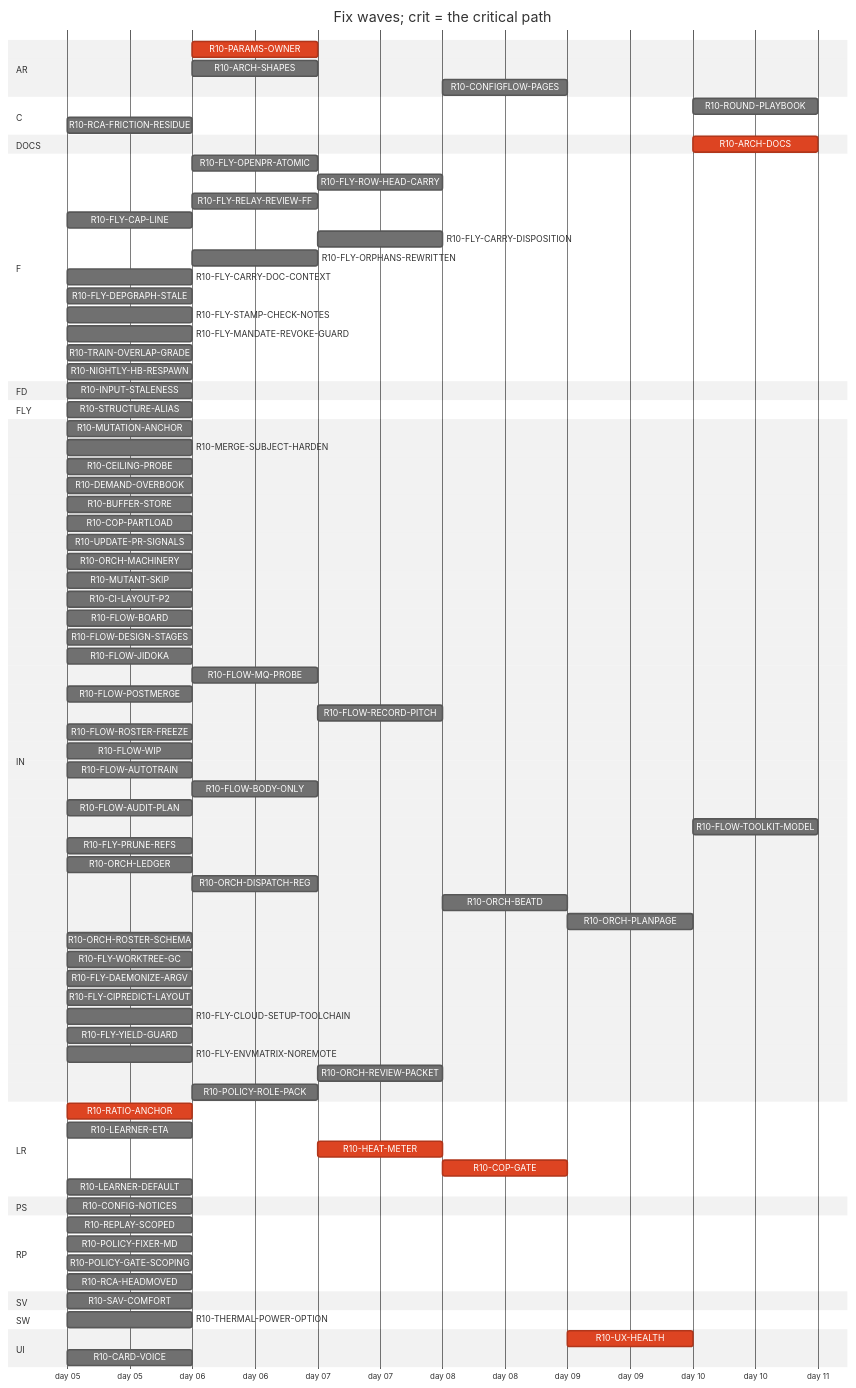
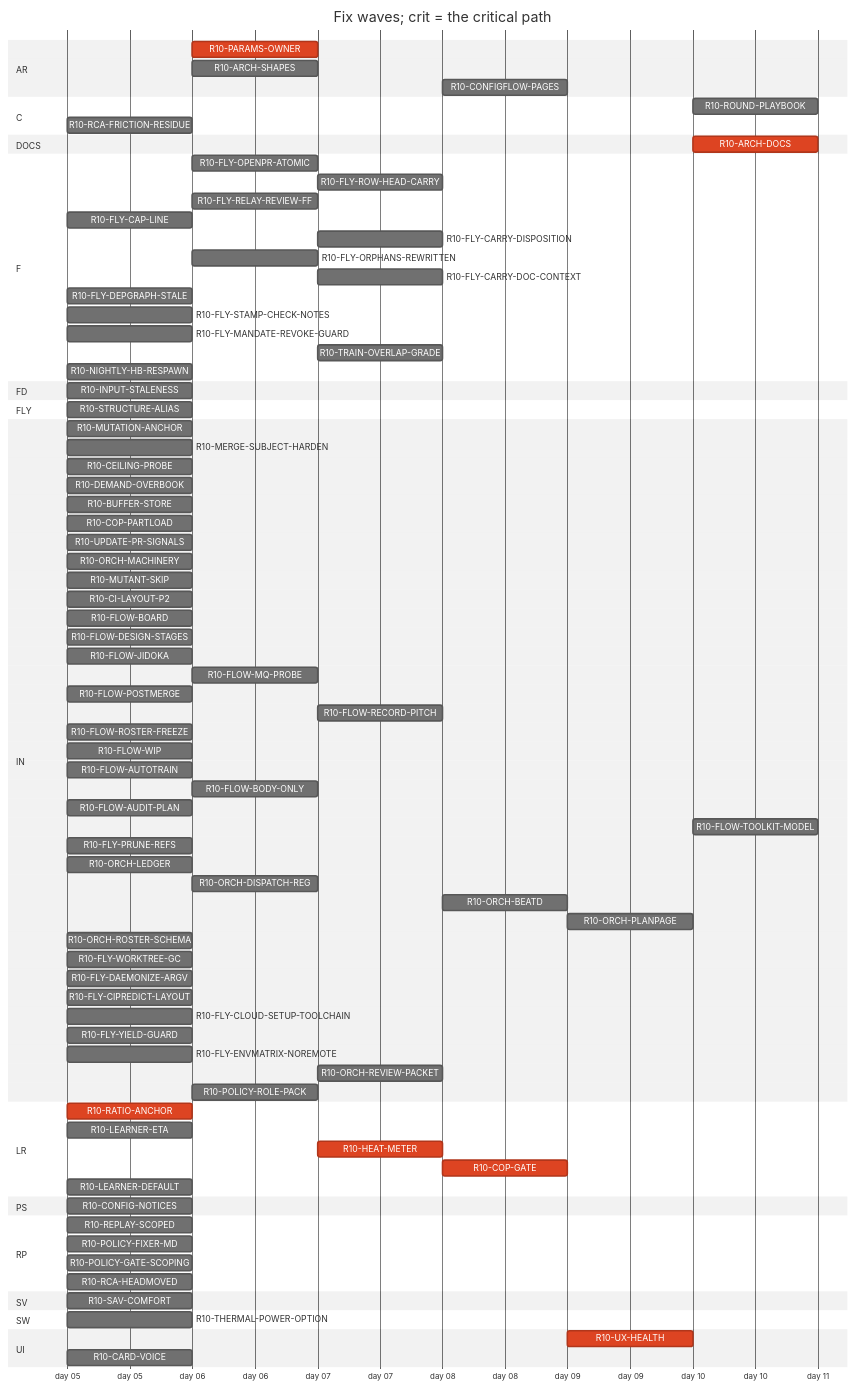
The diagram in handoff/round10/state/PLAN-TABLE.md (tvofi/heatpump_optimizer), drawn with Mermaid (neutral theme) before and after one commit. The commit also changed other lines of this file and 2 other files, not shown here.

```diff
--- a/handoff/round10/state/PLAN-TABLE.md
+++ b/handoff/round10/state/PLAN-TABLE.md
@@ -39,16 +39,16 @@
     R10-ARCH-DOCS :crit, r10ARCHDOCS, after r10RATIOANCHOR r10INPUTSTALENESS r10CONFIGNOTICES r10PARAMSOWNER r10ARCHSHAPES r10LEARNERETA r10HEATMETER r10COPGATE r10UXHEALTH r10CONFIGFLOWPAGES r10REPLAYSCOPED, 1d
   section F
     R10-FLY-OPENPR-ATOMIC :r10FLYOPENPRATOMIC, after r10UPDATEPRSIGNALS, 1d
-    R10-FLY-ROW-HEAD-CARRY :r10FLYROWHEADCARRY, after r10CILAYOUTP2 r10FLYOPENPRATOMIC, 1d
+    R10-FLY-ROW-HEAD-CARRY :r10FLYROWHEADCARRY, after r10CILAYOUTP2 r10FLYOPENPRATOMIC r10FLOWMQPROBE, 1d
     R10-FLY-RELAY-REVIEW-FF :r10FLYRELAYREVIEWFF, after r10UPDATEPRSIGNALS, 1d
     R10-FLY-CAP-LINE :r10FLYCAPLINE, 2026-01-05, 1d
     R10-FLY-CARRY-DISPOSITION :r10FLYCARRYDISPOSITION, after r10FLYORPHANSREWRITTEN, 1d
     R10-FLY-ORPHANS-REWRITTEN :r10FLYORPHANSREWRITTEN, after r10UPDATEPRSIGNALS, 1d
-    R10-FLY-CARRY-DOC-CONTEXT :r10FLYCARRYDOCCONTEXT, 2026-01-05, 1d
+    R10-FLY-CARRY-DOC-CONTEXT :r10FLYCARRYDOCCONTEXT, after r10FLOWMQPROBE, 1d
     R10-FLY-DEPGRAPH-STALE :r10FLYDEPGRAPHSTALE, 2026-01-05, 1d
     R10-FLY-STAMP-CHECK-NOTES :r10FLYSTAMPCHECKNOTES, 2026-01-05, 1d
     R10-FLY-MANDATE-REVOKE-GUARD :r10FLYMANDATEREVOKEGUARD, 2026-01-05, 1d
-    R10-TRAIN-OVERLAP-GRADE :r10TRAINOVERLAPGRADE, 2026-01-05, 1d
+    R10-TRAIN-OVERLAP-GRADE :r10TRAINOVERLAPGRADE, after r10FLOWMQPROBE, 1d
     R10-NIGHTLY-HB-RESPAWN :r10NIGHTLYHBRESPAWN, 2026-01-05, 1d
   section FD
     R10-INPUT-STALENESS :r10INPUTSTALENESS, 2026-01-05, 1d
```
